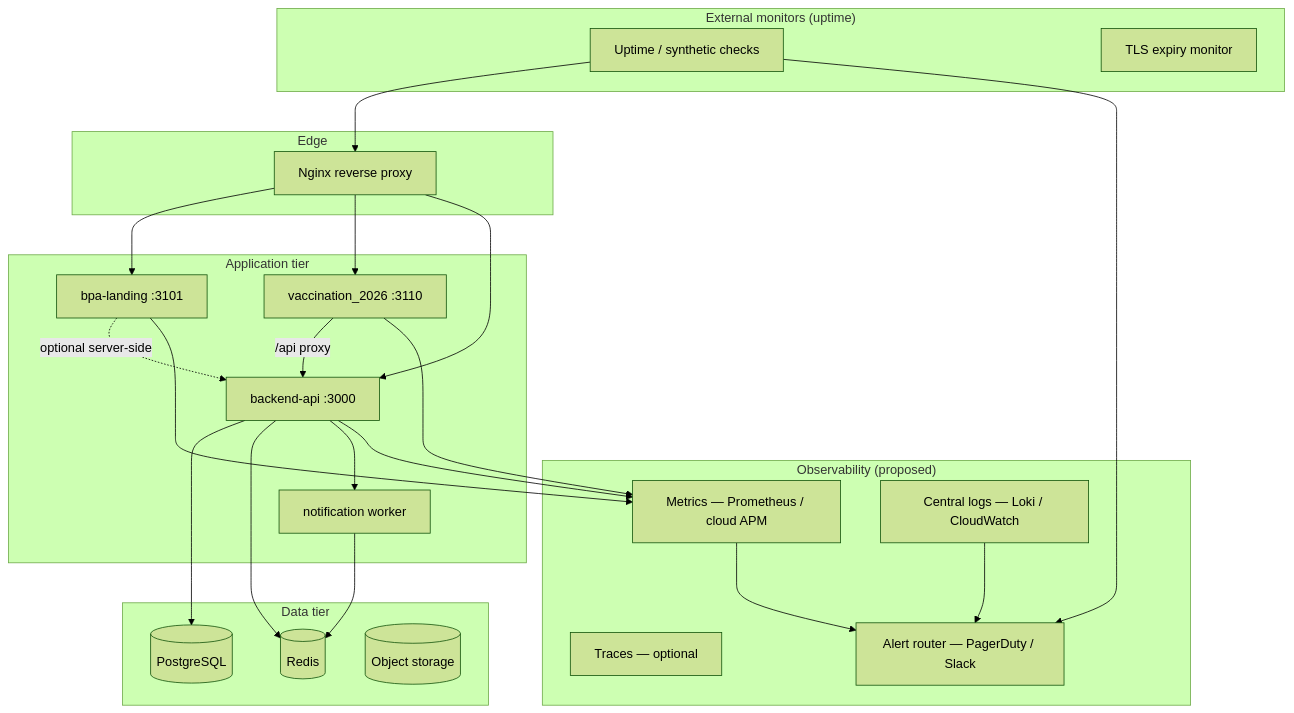
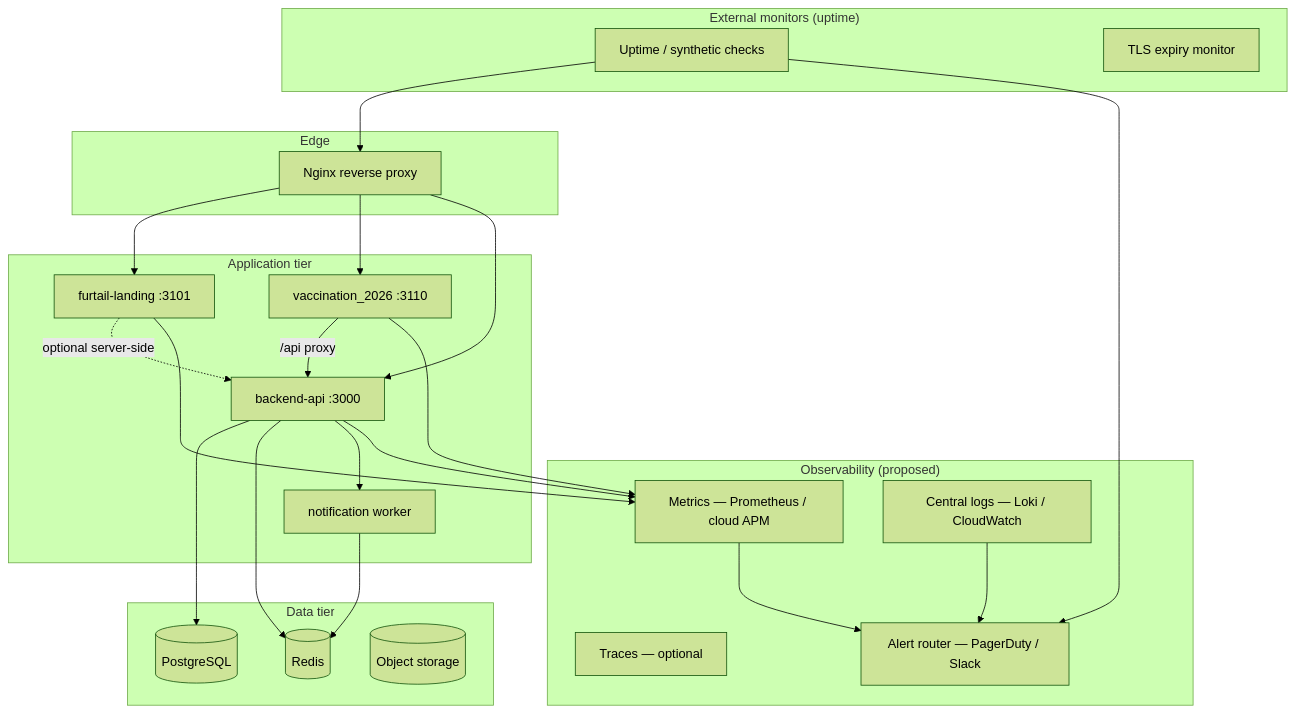
Before and after one commit to balagpetcare/furtail_api: the first of 3 diagrams in docs/architecture/enterprise-monitoring-failover-strategy.md, drawn with Mermaid (forest theme). The commit also changed other lines of this file and 375 other files, not shown here.

````diff
--- a/docs/architecture/enterprise-monitoring-failover-strategy.md
+++ b/docs/architecture/enterprise-monitoring-failover-strategy.md
@@ -36,50 +36,50 @@
 ```mermaid
 flowchart TB
   subgraph External["External monitors (uptime)"]
     UP[Uptime / synthetic checks]
     SSL[TLS expiry monitor]
   end
 
   subgraph Edge["Edge"]
     NGX[Nginx reverse proxy]
   end
 
   subgraph Apps["Application tier"]
-    LAND[bpa-landing :3101]
+    LAND[furtail-landing :3101]
     CAMP[vaccination_2026 :3110]
     API[backend-api :3000]
     WORK[notification worker]
   end
 
   subgraph Data["Data tier"]
     PG[(PostgreSQL)]
     REDIS[(Redis)]
     OBJ[(Object storage)]
   end
 
   subgraph Observability["Observability (proposed)"]
     MET[Metrics — Prometheus / cloud APM]
     LOG[Central logs — Loki / CloudWatch]
     APM[Traces — optional]
     ALT[Alert router — PagerDuty / Slack]
   end
 
   UP --> NGX
   NGX --> LAND
   NGX --> CAMP
   NGX --> API
   API --> PG
   API --> REDIS
   API --> WORK
   WORK --> REDIS
 
   LAND -.->|optional server-side| API
   CAMP -->|/api proxy| API
 
   API --> MET
   LAND --> MET
   CAMP --> MET
   MET --> ALT
   LOG --> ALT
   UP --> ALT
 ```
````
